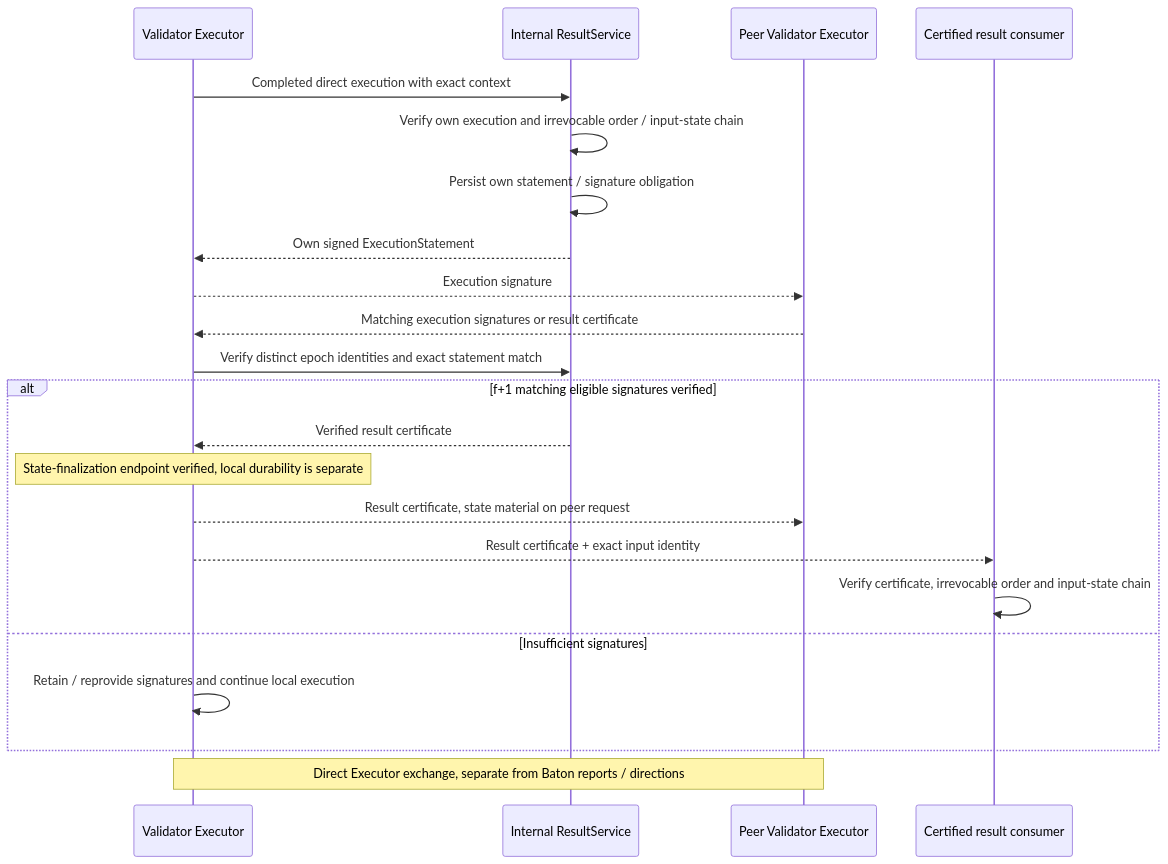
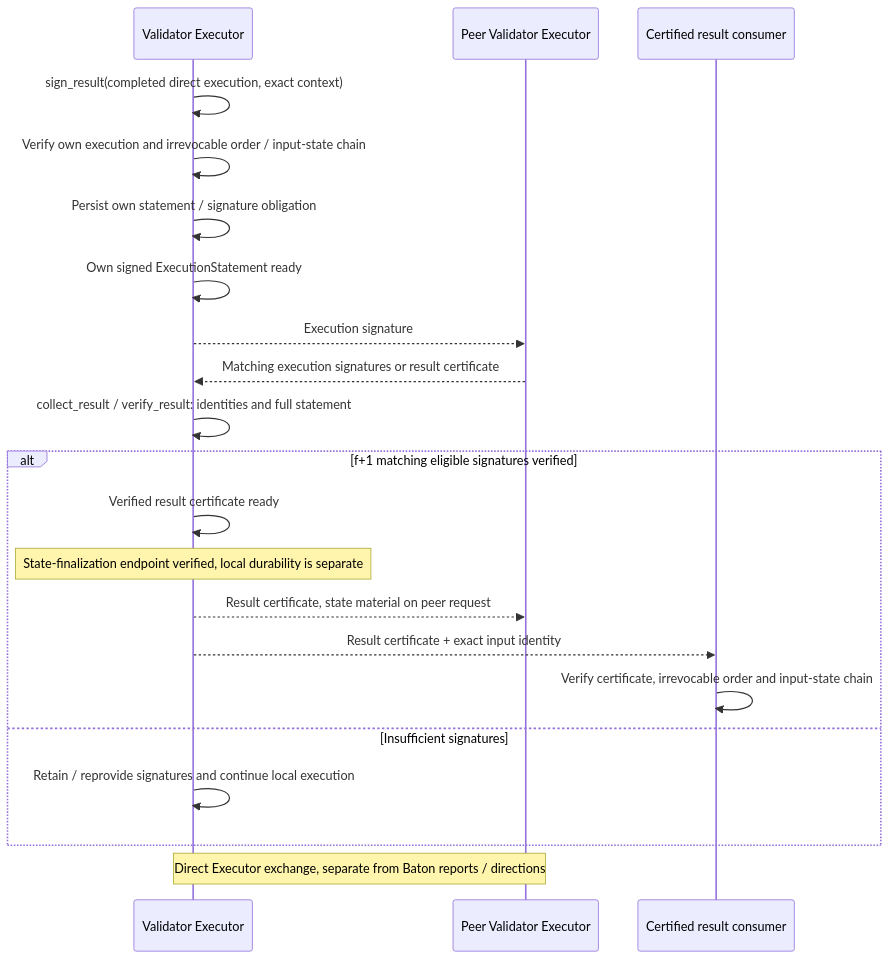
Before and after one commit to djm07073/baton-research: the diagram in docs/e2e/results.md, drawn with Mermaid. The commit also changed other lines of this file and 67 other files, not shown here.

````diff
--- a/docs/e2e/results.md
+++ b/docs/e2e/results.md
@@ -9,24 +9,23 @@
 ```mermaid
 sequenceDiagram
     participant E as Validator Executor
-    participant S as Internal ResultService
     participant P as Peer Validator Executor
     participant R as Certified result consumer
-    E->>S: Completed direct execution with exact context
-    S->>S: Verify own execution and irrevocable order / input-state chain
-    S->>S: Persist own statement / signature obligation
-    S-->>E: Own signed ExecutionStatement
+    E->>E: sign_result(completed direct execution, exact context)
+    E->>E: Verify own execution and irrevocable order / input-state chain
+    E->>E: Persist own statement / signature obligation
+    E->>E: Own signed ExecutionStatement ready
     E-->>P: Execution signature
     P-->>E: Matching execution signatures or result certificate
-    E->>S: Verify distinct epoch identities and exact statement match
+    E->>E: collect_result / verify_result: identities and full statement
     alt f+1 matching eligible signatures verified
-        S-->>E: Verified result certificate
+        E->>E: Verified result certificate ready
         Note over E: State-finalization endpoint verified, local durability is separate
         E-->>P: Result certificate, state material on peer request
         E-->>R: Result certificate + exact input identity
         R->>R: Verify certificate, irrevocable order and input-state chain
     else Insufficient signatures
         E->>E: Retain / reprovide signatures and continue local execution
     end
     Note over E,P: Direct Executor exchange, separate from Baton reports / directions
 ```
````
